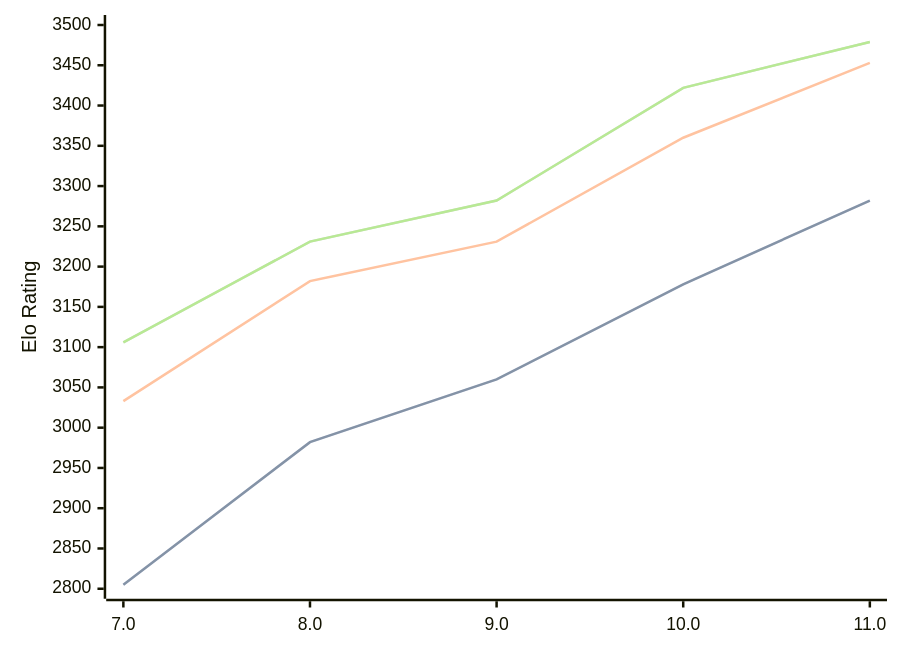
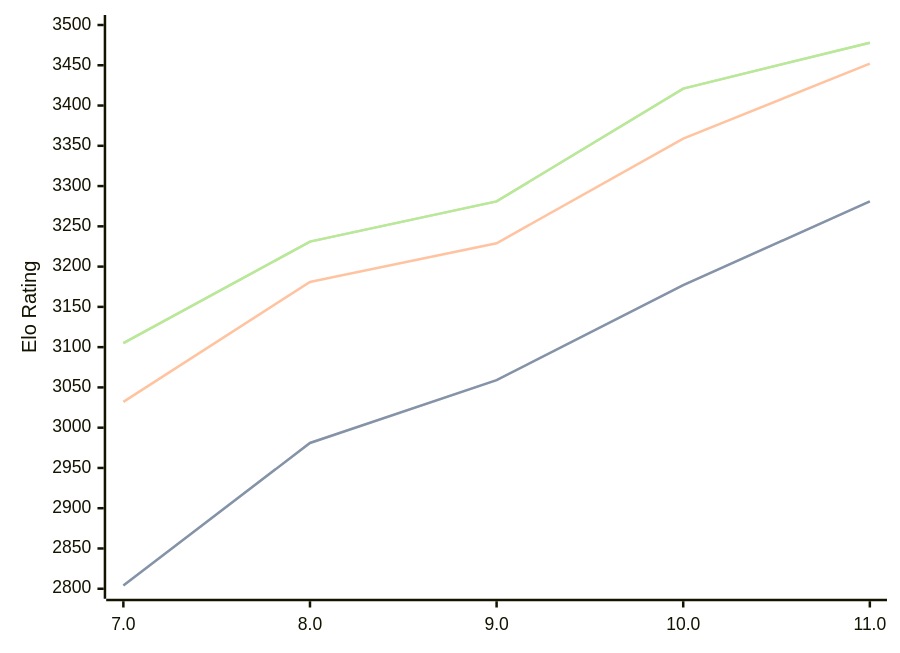
Before and after one commit to computer-chess-index/cci: the diagram in engines/Tcheran.md, drawn with Mermaid. The commit also changed other lines of this file, not shown here.

Commit message:
Update CCI Ratings (ELO VLTC) - 2026-04-26

````diff
--- a/engines/Tcheran.md
+++ b/engines/Tcheran.md
@@ -49,11 +49,11 @@
 ```mermaid
 %%{init: {"theme":"base","themeVariables":{"seriesColors:['#a3a3a3','#222221','#faa371']}}}%%
 xychart-beta
   x-axis ["7.0", "8.0", "9.0", "10.0", "11.0"]
   y-axis "Elo Rating" 2800 --> 3500
-  line "STC (8.0+0.08s)" [2805, 2982, 3060, 3178, 3282]
-  line "STC (8.0+0.08s)" [2805, 2982, 3060, 3178, 3282]
-  line "LTC (60.0+0.60s)" [3033, 3182, 3231, 3360, 3453]
-  line "VLTC (2m24s+1.12s)" [3106, 3231, 3282, 3422, 3479]
-  line "VLTC (2m24s+1.12s)" [3106, 3231, 3282, 3422, 3479]
+  line "STC (8.0+0.08s)" [2804, 2981, 3059, 3177, 3281]
+  line "STC (8.0+0.08s)" [2804, 2981, 3059, 3177, 3281]
+  line "LTC (60.0+0.60s)" [3032, 3181, 3229, 3359, 3452]
+  line "VLTC (2m24s+1.12s)" [3105, 3231, 3281, 3421, 3478]
+  line "VLTC (2m24s+1.12s)" [3105, 3231, 3281, 3421, 3478]
 ```
````
